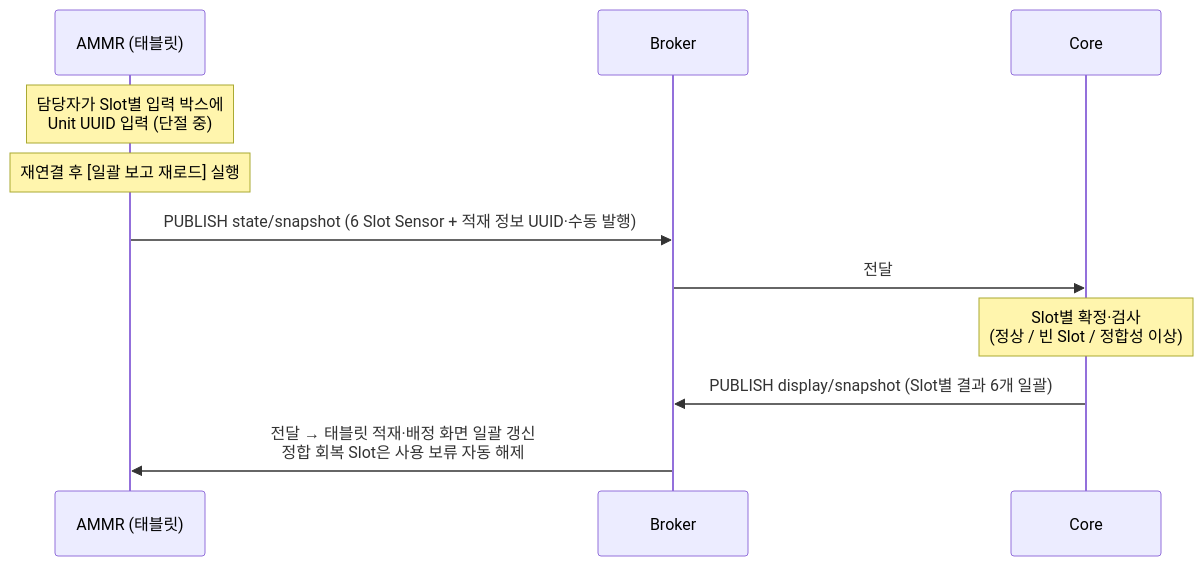
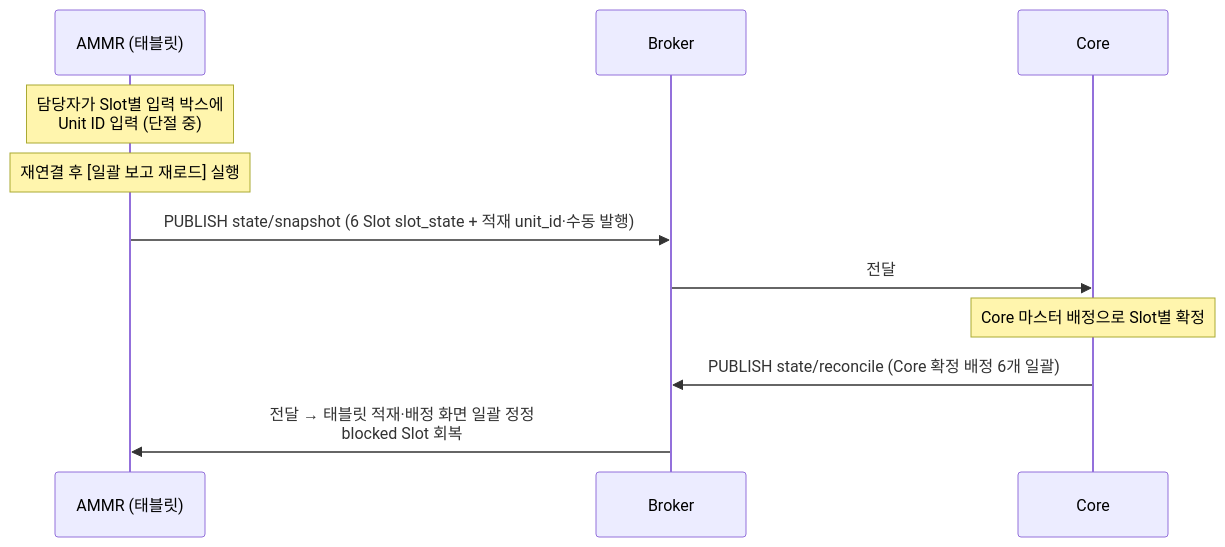
The tenth of 13 diagrams in docs/out/Core_ICD_AMMR.md (kimminsu0315/Core-Docs), drawn with Mermaid before and after one commit. The commit also changed other lines of this file and 8 other files, not shown here.

````diff
--- a/docs/out/Core_ICD_AMMR.md
+++ b/docs/out/Core_ICD_AMMR.md
@@ -1122,14 +992,14 @@
 ```mermaid
 sequenceDiagram
     participant A as AMMR (태블릿)
     participant B as Broker
     participant C as Core
 
-    Note over A: 담당자가 Slot별 입력 박스에<br/>Unit UUID 입력 (단절 중)
+    Note over A: 담당자가 Slot별 입력 박스에<br/>Unit ID 입력 (단절 중)
     Note over A: 재연결 후 [일괄 보고 재로드] 실행
-    A->>B: PUBLISH state/snapshot (6 Slot Sensor + 적재 정보 UUID·수동 발행)
+    A->>B: PUBLISH state/snapshot (6 Slot slot_state + 적재 unit_id·수동 발행)
     B->>C: 전달
-    Note over C: Slot별 확정·검사<br/>(정상 / 빈 Slot / 정합성 이상)
-    C->>B: PUBLISH display/snapshot (Slot별 결과 6개 일괄)
-    B->>A: 전달 → 태블릿 적재·배정 화면 일괄 갱신<br/>정합 회복 Slot은 사용 보류 자동 해제
+    Note over C: Core 마스터 배정으로 Slot별 확정
+    C->>B: PUBLISH state/reconcile (Core 확정 배정 6개 일괄)
+    B->>A: 전달 → 태블릿 적재·배정 화면 일괄 정정<br/>blocked Slot 회복
 ```
````
